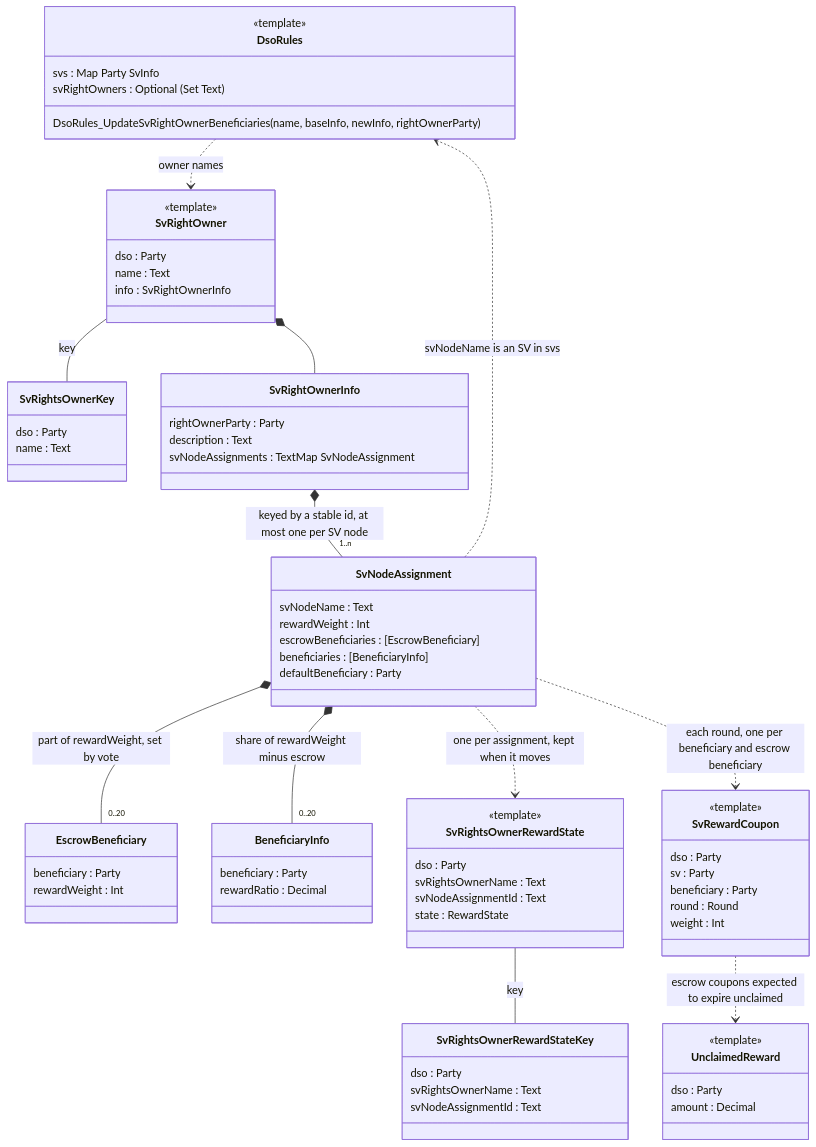
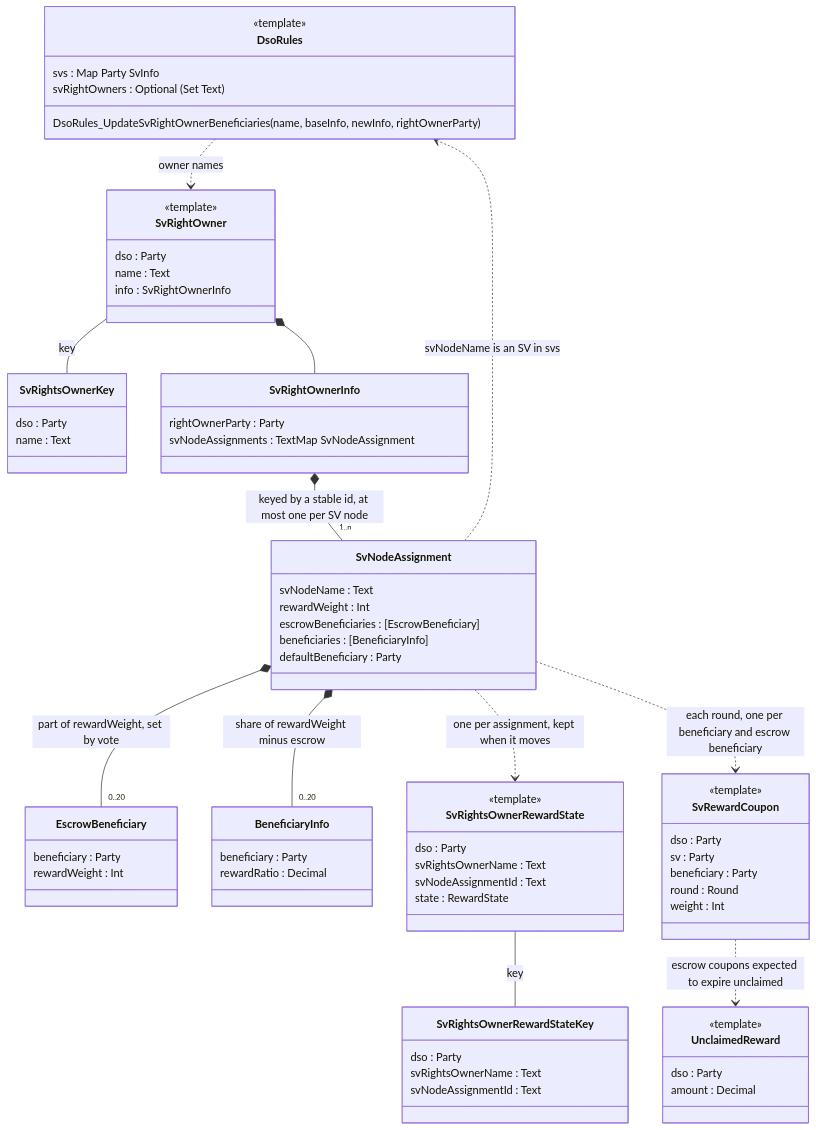
Before and after one commit to canton-network/splice-on-ledger-sv-weights: the diagram in SV_RIGHTS_OWNERS_POC.md, drawn with Mermaid. The commit also changed 4 other files, not shown here.

````diff
--- a/SV_RIGHTS_OWNERS_POC.md
+++ b/SV_RIGHTS_OWNERS_POC.md
@@ -3,76 +3,75 @@
 ```mermaid
 classDiagram
     direction TB
     class DsoRules {
         <<template>>
         svs : Map Party SvInfo
         svRightOwners : Optional #40;Set Text#41;
         DsoRules_UpdateSvRightOwnerBeneficiaries(name, baseInfo, newInfo, rightOwnerParty)
     }
     class SvRightOwner {
         <<template>>
         dso : Party
         name : Text
         info : SvRightOwnerInfo
     }
     class SvRightsOwnerKey {
         dso : Party
         name : Text
     }
     class SvRightOwnerInfo {
         rightOwnerParty : Party
-        description : Text
         svNodeAssignments : TextMap SvNodeAssignment
     }
     class SvNodeAssignment {
         svNodeName : Text
         rewardWeight : Int
         escrowBeneficiaries : [EscrowBeneficiary]
         beneficiaries : [BeneficiaryInfo]
         defaultBeneficiary : Party
     }
     class EscrowBeneficiary {
         beneficiary : Party
         rewardWeight : Int
     }
     class BeneficiaryInfo {
         beneficiary : Party
         rewardRatio : Decimal
     }
     class SvRewardCoupon {
         <<template>>
         dso : Party
         sv : Party
         beneficiary : Party
         round : Round
         weight : Int
     }
     class UnclaimedReward {
         <<template>>
         dso : Party
         amount : Decimal
     }
     class SvRightsOwnerRewardState {
         <<template>>
         dso : Party
         svRightsOwnerName : Text
         svNodeAssignmentId : Text
         state : RewardState
     }
     class SvRightsOwnerRewardStateKey {
         dso : Party
         svRightsOwnerName : Text
         svNodeAssignmentId : Text
     }
     DsoRules ..> SvRightOwner : owner names
     SvRightOwner -- SvRightsOwnerKey : key
     SvRightOwner *-- SvRightOwnerInfo
     SvRightOwnerInfo *-- "1..n" SvNodeAssignment : keyed by a stable id, at most one per SV node
     SvNodeAssignment *-- "0..20" EscrowBeneficiary : part of rewardWeight, set by vote
     SvNodeAssignment *-- "0..20" BeneficiaryInfo : share of rewardWeight minus escrow
     SvNodeAssignment ..> DsoRules : svNodeName is an SV in svs
     SvNodeAssignment ..> SvRightsOwnerRewardState : one per assignment, kept when it moves
     SvRightsOwnerRewardState -- SvRightsOwnerRewardStateKey : key
     SvNodeAssignment ..> SvRewardCoupon : each round, one per beneficiary and escrow beneficiary
     SvRewardCoupon ..> UnclaimedReward : escrow coupons expected to expire unclaimed
 ```
````
